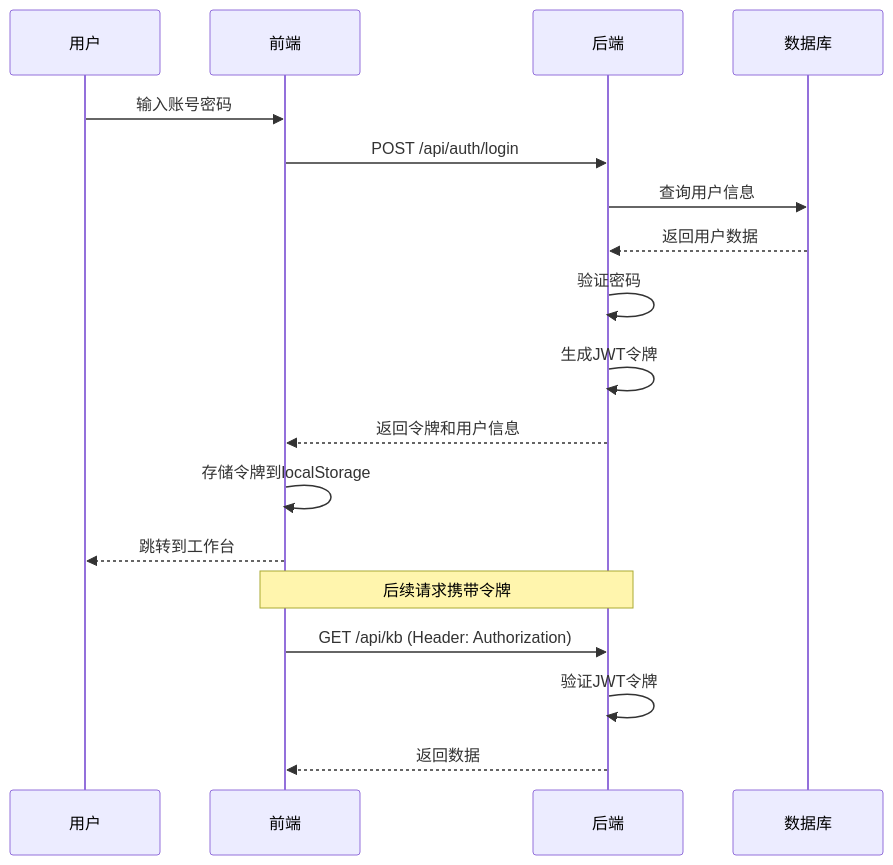
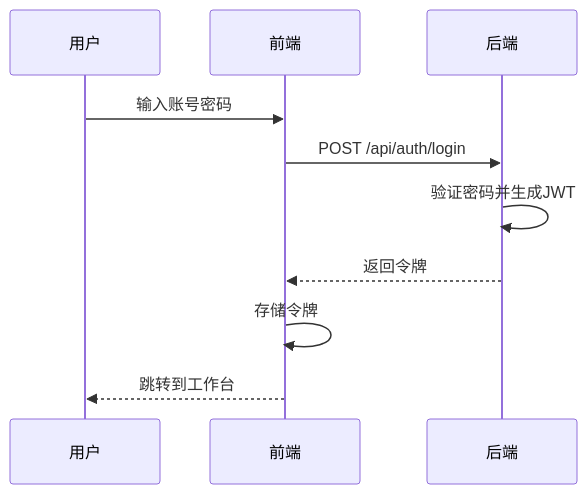
The fourth of 10 diagrams in docs/系统架构设计文档.md (WZP358/Wiki), drawn with Mermaid before and after one commit. The commit also changed other lines of this file and 550 other files, not shown here.

````diff
--- a/docs/系统架构设计文档.md
+++ b/docs/系统架构设计文档.md
@@ -184,22 +150,13 @@
 ```mermaid
 sequenceDiagram
     participant U as 用户
     participant F as 前端
     participant B as 后端
-    participant DB as 数据库
 
     U->>F: 输入账号密码
     F->>B: POST /api/auth/login
-    B->>DB: 查询用户信息
-    DB-->>B: 返回用户数据
-    B->>B: 验证密码
-    B->>B: 生成JWT令牌
-    B-->>F: 返回令牌和用户信息
-    F->>F: 存储令牌到localStorage
+    B->>B: 验证密码并生成JWT
+    B-->>F: 返回令牌
+    F->>F: 存储令牌
     F-->>U: 跳转到工作台
-
-    Note over F,B: 后续请求携带令牌
-    F->>B: GET /api/kb (Header: Authorization)
-    B->>B: 验证JWT令牌
-    B-->>F: 返回数据
 ```
````
